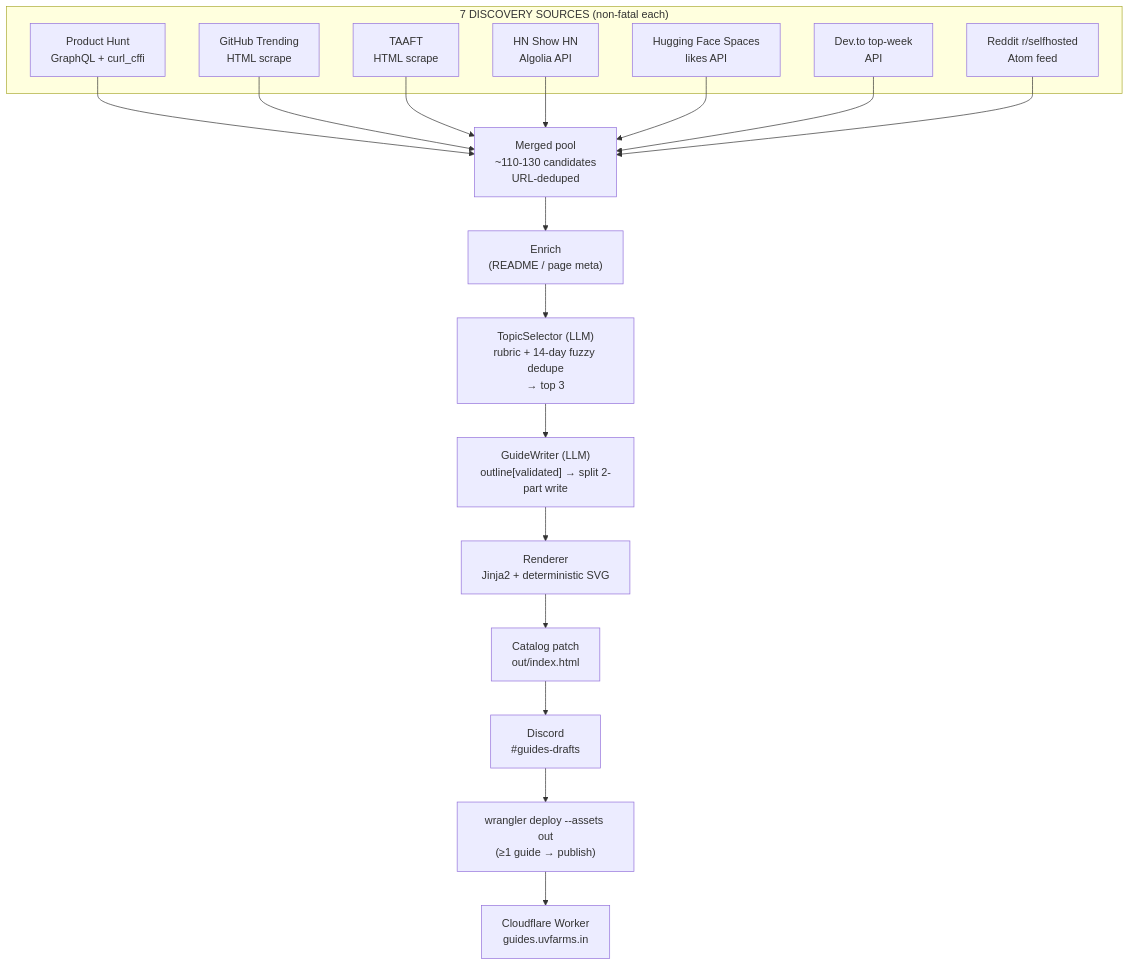
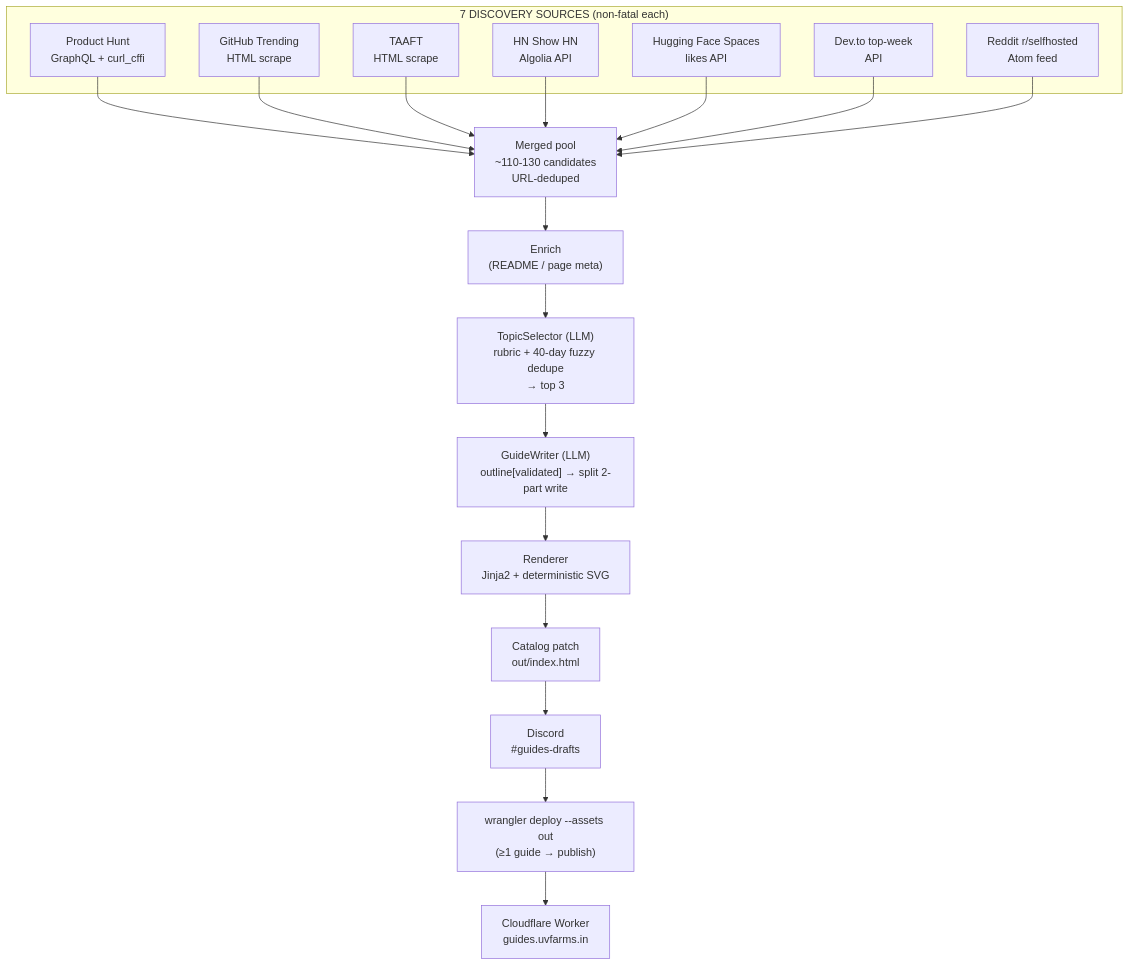
The diagram in README.md (rakeshngl/automatic-guide-blogger), drawn with Mermaid before and after one commit. The commit also changed other lines of this file and 7 other files, not shown here.

````diff
--- a/README.md
+++ b/README.md
@@ -202,24 +202,24 @@
 ```mermaid
 flowchart TD
     subgraph Sources["7 DISCOVERY SOURCES (non-fatal each)"]
         PH[Product Hunt<br/>GraphQL + curl_cffi]
         GH[GitHub Trending<br/>HTML scrape]
         TA[TAAFT<br/>HTML scrape]
         HN[HN Show HN<br/>Algolia API]
         HF[Hugging Face Spaces<br/>likes API]
         DV[Dev.to top-week<br/>API]
         RD[Reddit r/selfhosted<br/>Atom feed]
     end
 
     PH & GH & TA & HN & HF & DV & RD --> POOL["Merged pool<br/>~110-130 candidates<br/>URL-deduped"]
 
     POOL --> ENRICH["Enrich<br/>(README / page meta)"]
-    ENRICH --> SEL["TopicSelector (LLM)<br/>rubric + 14-day fuzzy dedupe<br/>→ top 3"]
+    ENRICH --> SEL["TopicSelector (LLM)<br/>rubric + 40-day fuzzy dedupe<br/>→ top 3"]
 
     SEL --> WRITE["GuideWriter (LLM)<br/>outline[validated] → split 2-part write"]
     WRITE --> RENDER["Renderer<br/>Jinja2 + deterministic SVG"]
     RENDER --> CAT["Catalog patch<br/>out/index.html"]
     CAT --> DISC["Discord<br/>#guides-drafts"]
     DISC --> PUB["wrangler deploy --assets out<br/>(≥1 guide → publish)"]
     PUB --> CF["Cloudflare Worker<br/>guides.uvfarms.in"]
 ```
````
